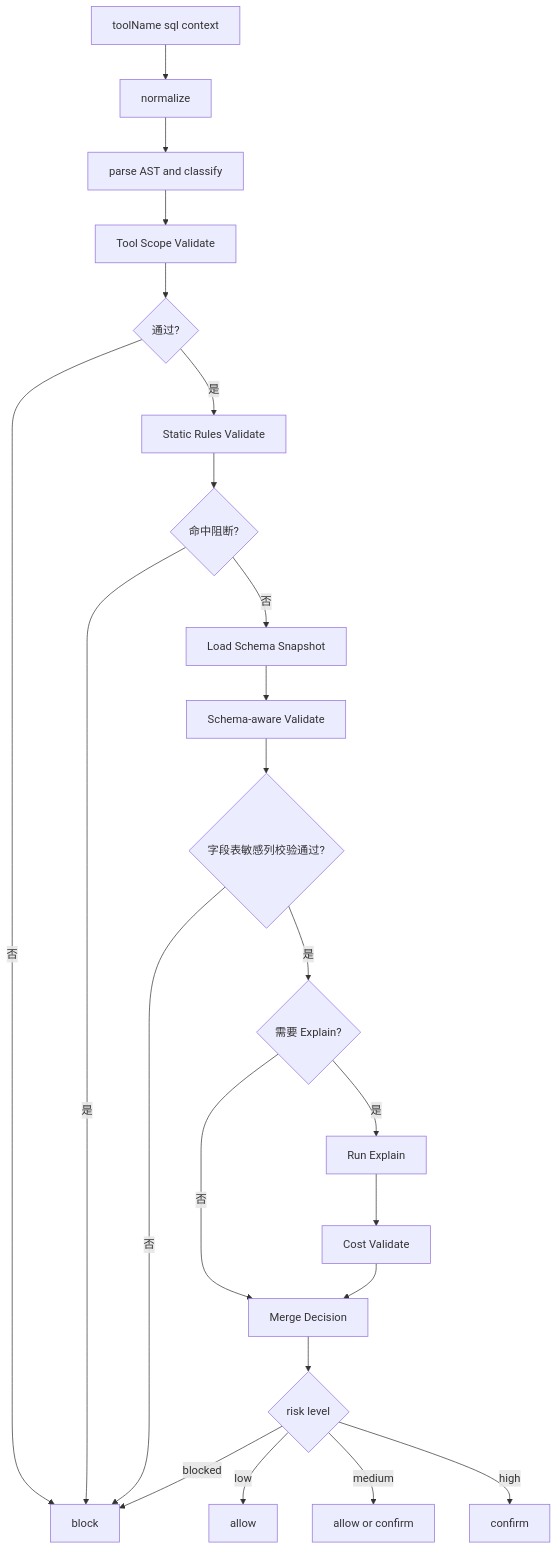
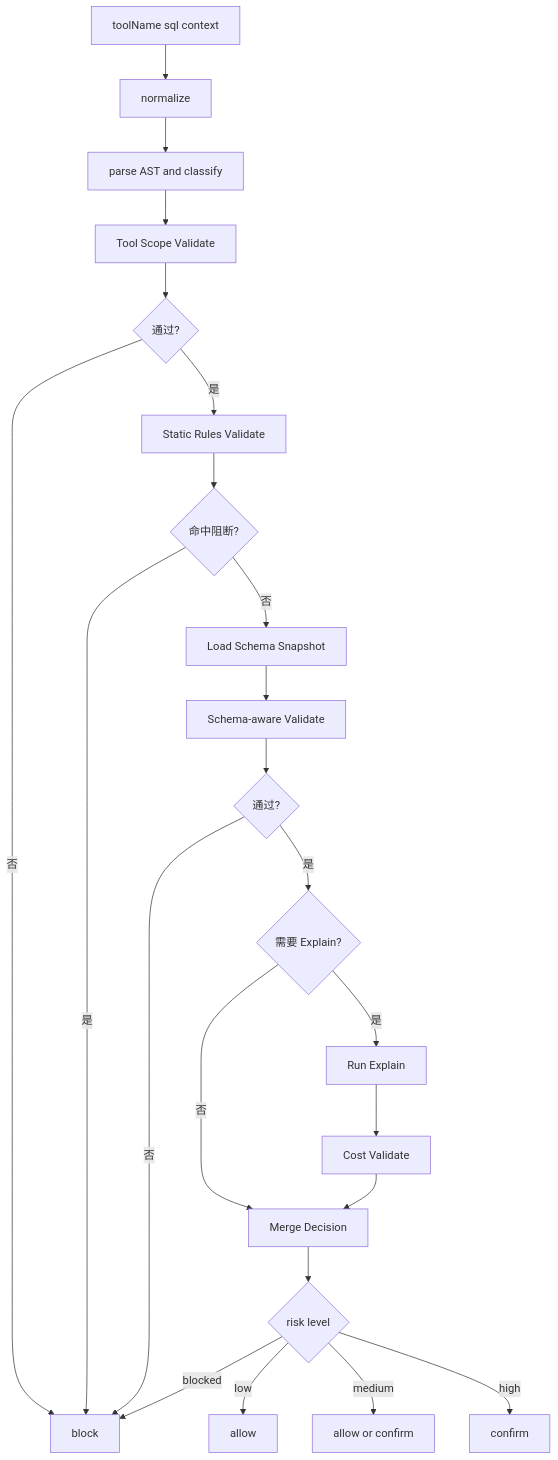
One commit to youweichen0208/taurus-mcp-server changed the fifth of 5 diagrams in docs/architecture.md. Above: the diagram before and after it, drawn with Mermaid. The commit also changed other lines of this file and 140 other files, not shown here.

````diff
--- a/docs/architecture.md
+++ b/docs/architecture.md
@@ -521,25 +785,25 @@
 ```mermaid
 flowchart TB
   A[toolName sql context] --> B[normalize]
   B --> C[parse AST and classify]
   C --> D[Tool Scope Validate]
   D --> E{通过?}
   E -->|否| Z1[block]
   E -->|是| F[Static Rules Validate]
   F --> G{命中阻断?}
   G -->|是| Z1
   G -->|否| H[Load Schema Snapshot]
   H --> I[Schema-aware Validate]
-  I --> J{字段表敏感列校验通过?}
+  I --> J{通过?}
   J -->|否| Z1
   J -->|是| K{需要 Explain?}
   K -->|否| L[Merge Decision]
   K -->|是| M[Run Explain]
   M --> N[Cost Validate]
   N --> L
   L --> O{risk level}
   O -->|low| Z2[allow]
   O -->|medium| Z3[allow or confirm]
   O -->|high| Z4[confirm]
   O -->|blocked| Z1
 ```
````
